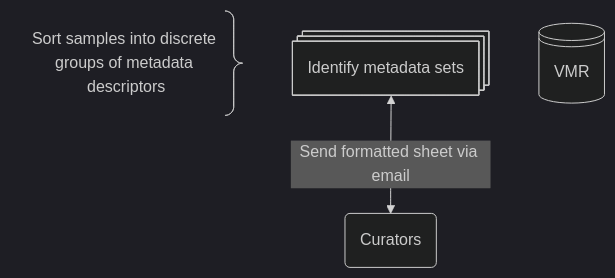
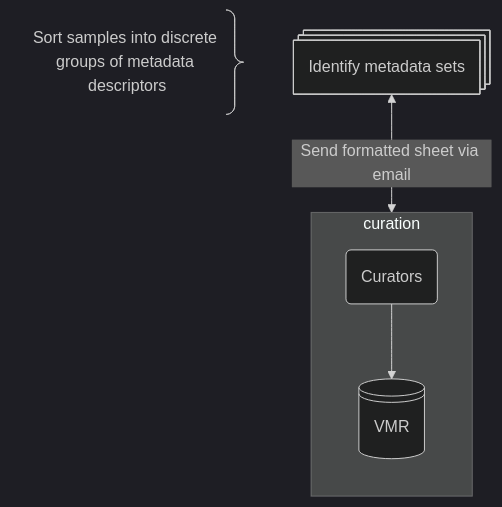
The second of 2 diagrams in metadata_standards_sop.md (grdi-amr/docs-and-SOPs), drawn with Mermaid (dark theme) before and after one commit.

Commit message:
add curation subgraph

````diff
--- a/metadata_standards_sop.md
+++ b/metadata_standards_sop.md
@@ -107,12 +107,17 @@
 ```mermaid
 
 graph TD;
 
 A_note@{ shape: brace-r, label: "Sort samples into discrete groups of metadata descriptors"}
 A@{ shape: processes, label: "Identify metadata sets"}
-curators@{ shape: rounded, label: "Curators"}
+
+subgraph curation
+    direction TB
+    curators@{ shape: rounded, label: "Curators"}
+    vmr@{ shape: lin-cyl, label: "VMR" }
+    curators --> vmr
+end
 
 A <-- "Send formatted sheet via email" --> curators
-vmr@{ shape: lin-cyl, label: "VMR" }
 
 ```
````
